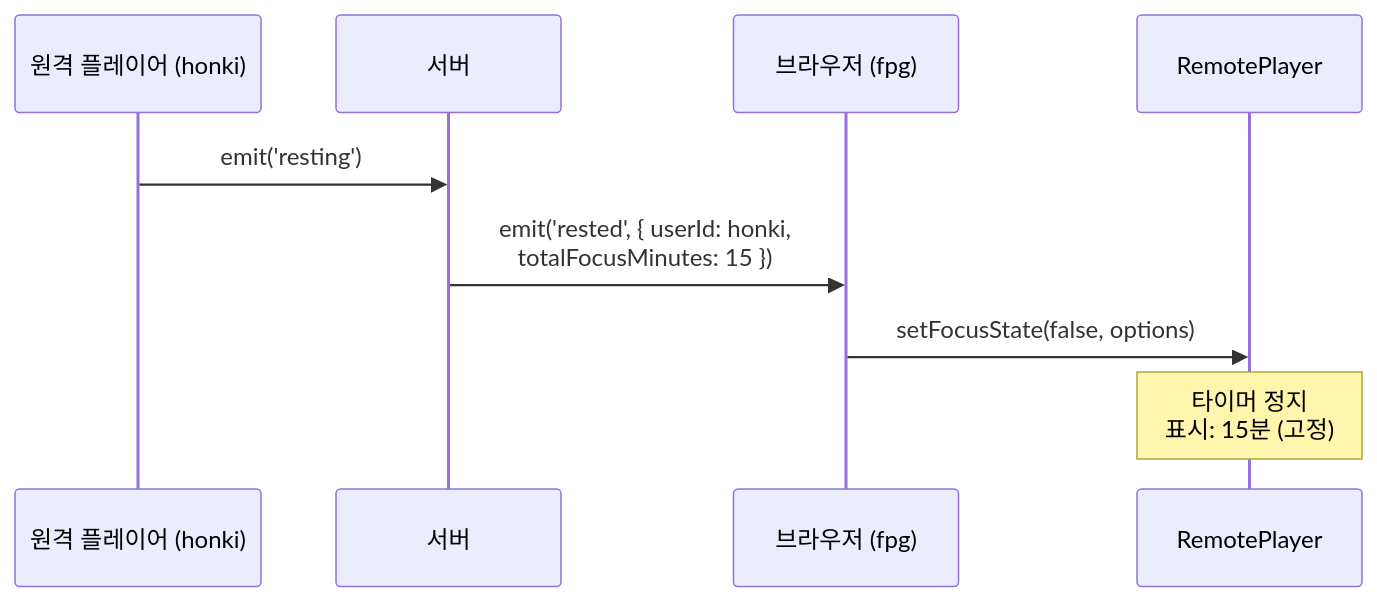
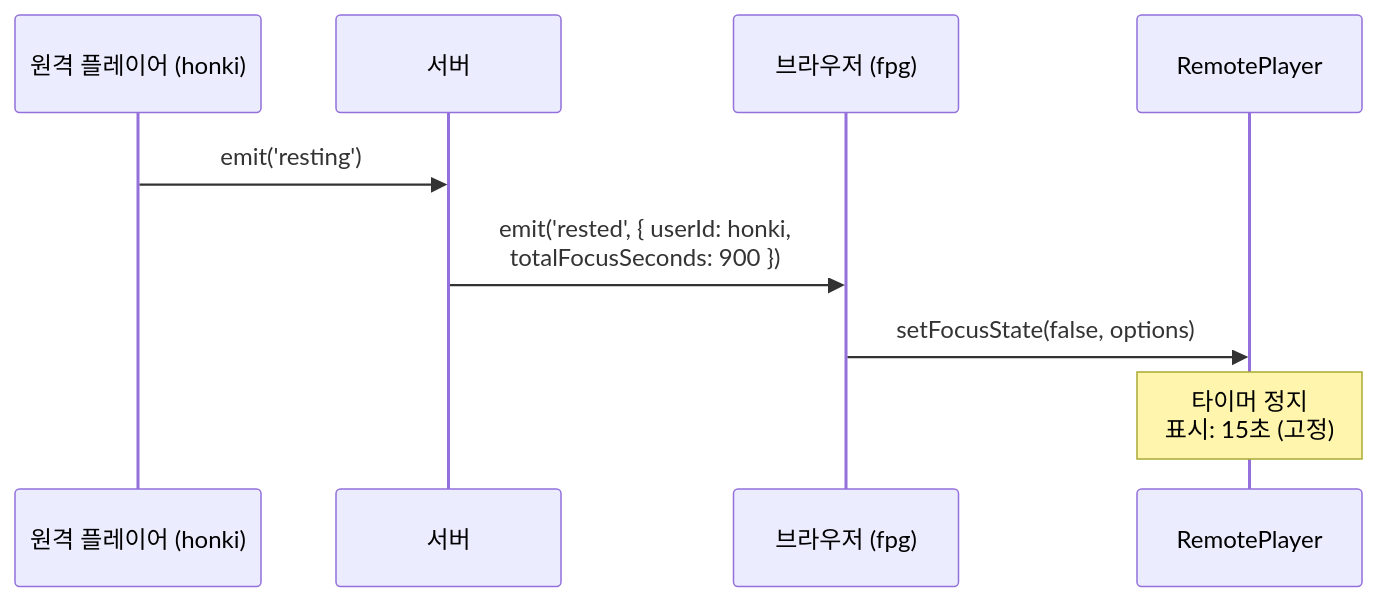
One commit to boostcampwm2025/web19-estrogenquattro changed the fifth of 10 diagrams in docs/reference/FOCUS_TIME.md. Above: the diagram before and after it, drawn with Mermaid. The commit also changed other lines of this file and 24 other files, not shown here.

````diff
--- a/docs/reference/FOCUS_TIME.md
+++ b/docs/reference/FOCUS_TIME.md
@@ -135,13 +135,13 @@
 ```mermaid
 sequenceDiagram
     participant Remote as 원격 플레이어 (honki)
     participant Server as 서버
     participant Browser as 브라우저 (fpg)
     participant RP as RemotePlayer
 
     Remote->>Server: emit('resting')
-    Server->>Browser: emit('rested', { userId: honki,<br/>totalFocusMinutes: 15 })
+    Server->>Browser: emit('rested', { userId: honki,<br/>totalFocusSeconds: 900 })
 
     Browser->>RP: setFocusState(false, options)
-    Note over RP: 타이머 정지<br/>표시: 15분 (고정)
+    Note over RP: 타이머 정지<br/>표시: 15초 (고정)
 ```
````
